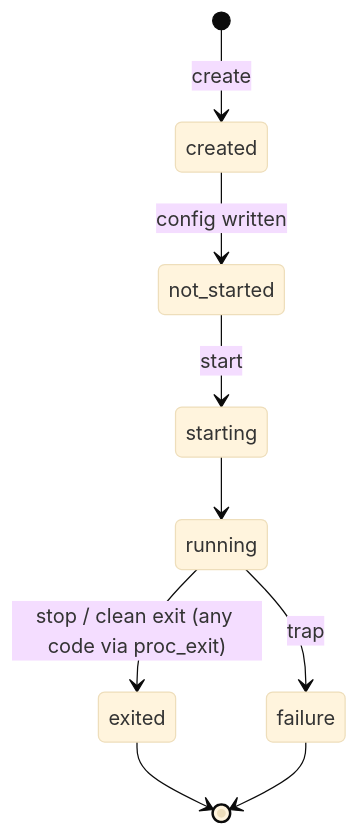
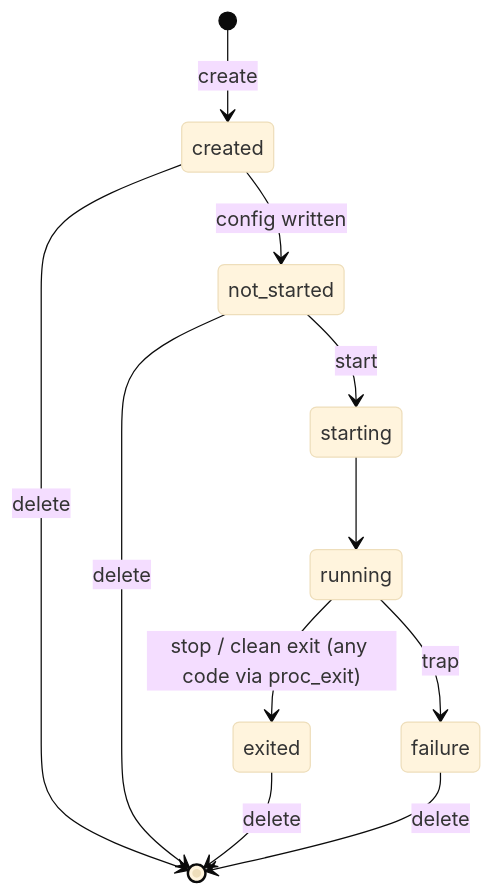
Before and after one commit to mekops-labs/wanted-engine: the diagram in docs/control-plane-reference.md, drawn with Mermaid (base theme). The commit also changed other lines of this file and 9 other files, not shown here.

````diff
--- a/docs/control-plane-reference.md
+++ b/docs/control-plane-reference.md
@@ -100,11 +117,13 @@
 ```mermaid
 stateDiagram-v2
     [*] --> created: create
     created --> not_started: config written
     not_started --> starting: start
     starting --> running
     running --> exited: stop / clean exit (any code via proc_exit)
     running --> failure: trap
-    exited --> [*]
-    failure --> [*]
+    created --> [*]: delete
+    not_started --> [*]: delete
+    exited --> [*]: delete
+    failure --> [*]: delete
 ```
````
